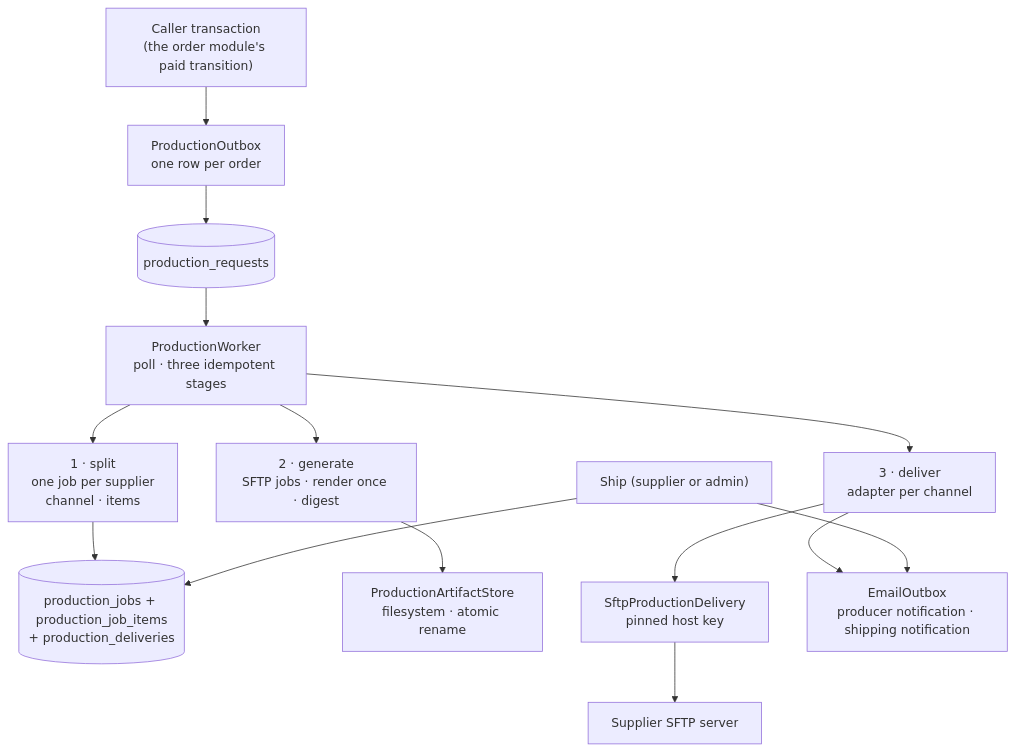
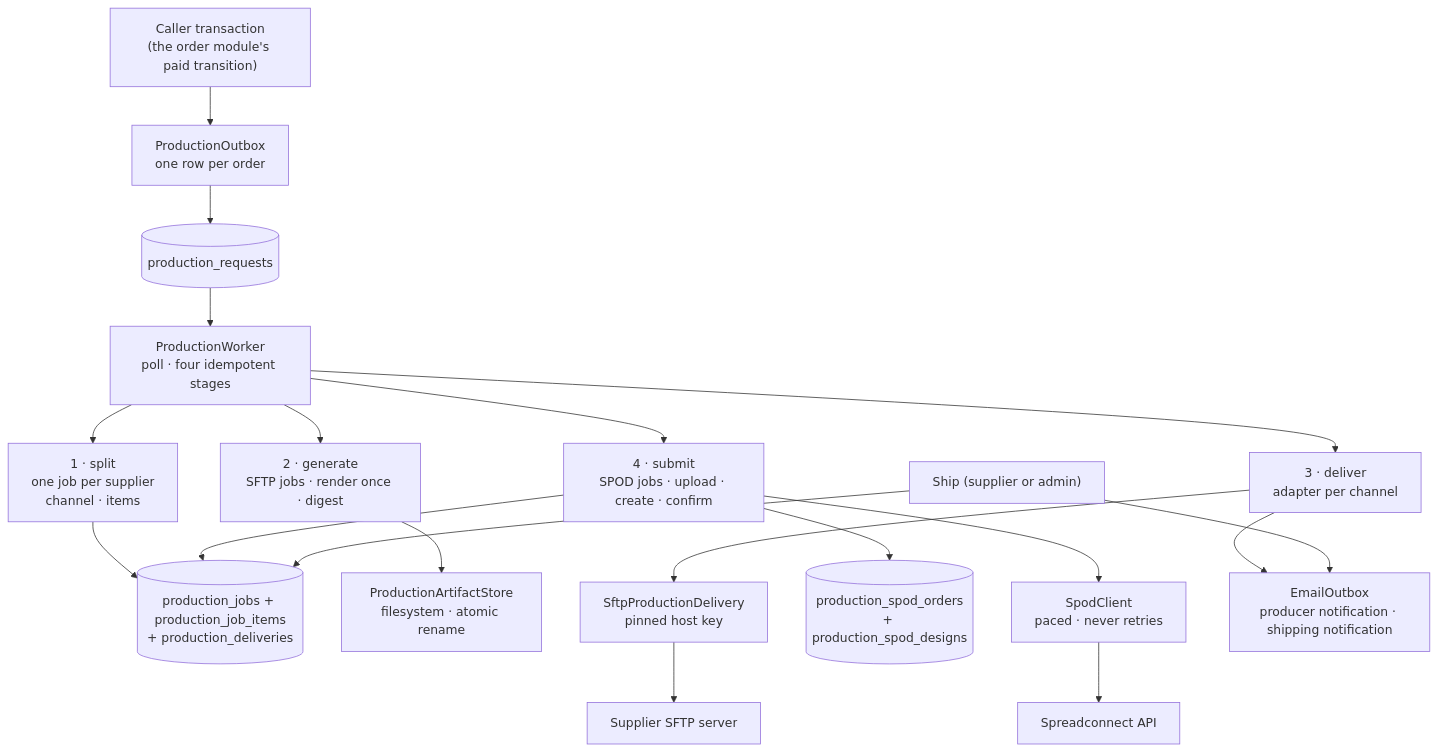
One commit to bitstorm-tech/voenix-shop-kotlin changed the first of 2 diagrams in docs/dev/backend/production-package.md. Above: the diagram before and after it, drawn with Mermaid. The commit also changed other lines of this file and 18 other files, not shown here.

First line of the commit message:
T10: SPOD client and order submission stage (#215)

````diff
--- a/docs/dev/backend/production-package.md
+++ b/docs/dev/backend/production-package.md
@@ -54,24 +58,31 @@
 ```mermaid
 flowchart TB
     Caller["Caller transaction<br/>(the order module's paid transition)"]
     Outbox["ProductionOutbox<br/>one row per order"]
     Requests[("production_requests")]
-    Worker["ProductionWorker<br/>poll · three idempotent stages"]
+    Worker["ProductionWorker<br/>poll · four idempotent stages"]
     Split["1 · split<br/>one job per supplier<br/>channel · items"]
     Jobs[("production_jobs + production_job_items<br/>+ production_deliveries")]
     Generate["2 · generate<br/>SFTP jobs · render once · digest"]
     Store["ProductionArtifactStore<br/>filesystem · atomic rename"]
     Deliver["3 · deliver<br/>adapter per channel"]
     Sftp["SftpProductionDelivery<br/>pinned host key"]
     Server["Supplier SFTP server"]
+    Submit["4 · submit<br/>SPOD jobs · upload · create · confirm"]
+    SpodTables[("production_spod_orders<br/>+ production_spod_designs")]
+    Spod["SpodClient<br/>paced · never retries"]
+    Partner["Spreadconnect API"]
     Email["EmailOutbox<br/>producer notification · shipping notification"]
     Ship["Ship (supplier or admin)"]
 
     Caller --> Outbox --> Requests --> Worker
     Worker --> Split --> Jobs
     Worker --> Generate --> Store
     Worker --> Deliver --> Sftp --> Server
+    Worker --> Submit --> Spod --> Partner
+    Submit --> SpodTables
+    Submit --> Jobs
     Deliver --> Email
     Ship --> Jobs
     Ship --> Email
 ```
````
